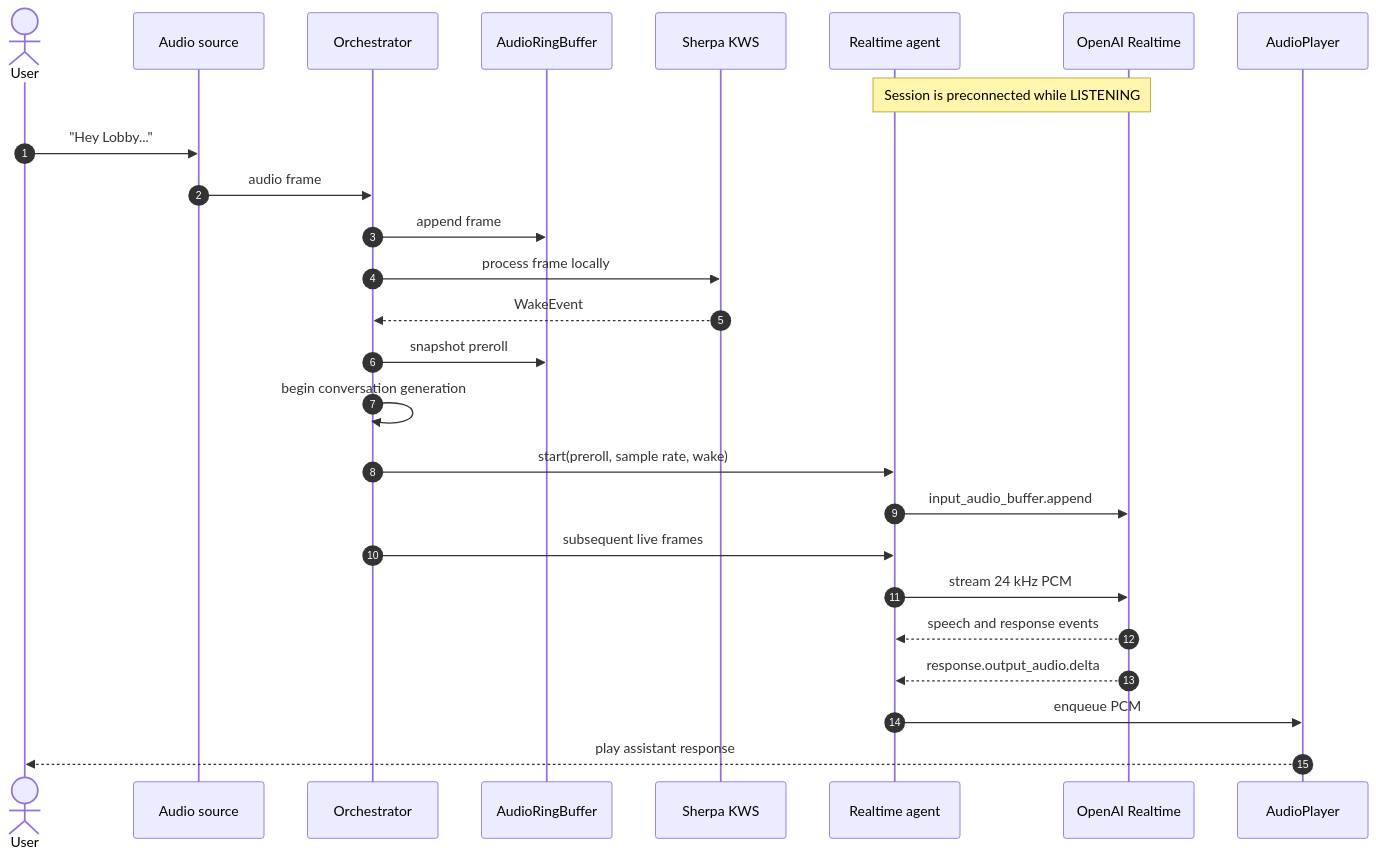
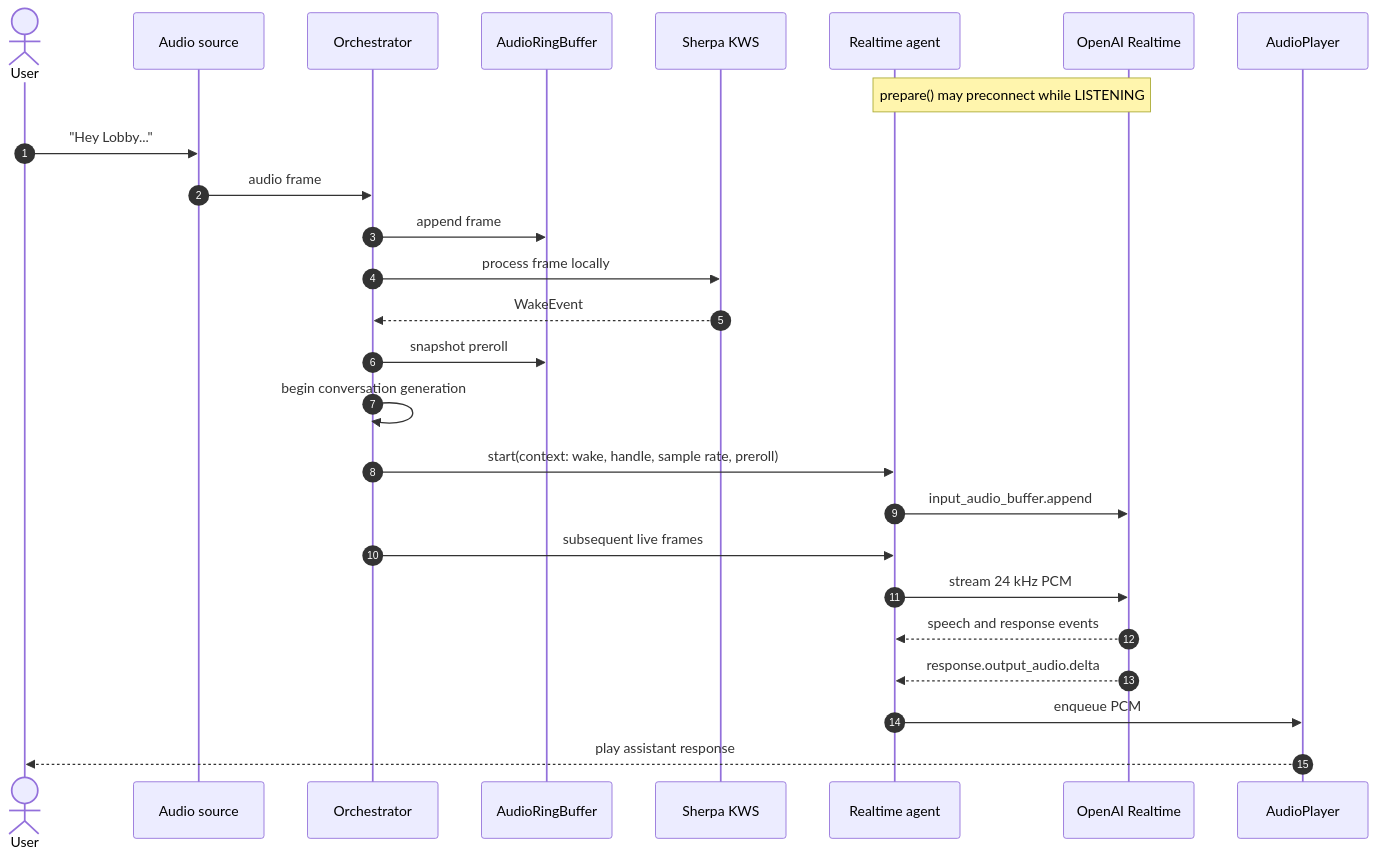
The fourth of 10 diagrams in docs/architecture.md (kamikaz1k/wake-on), drawn with Mermaid before and after one commit. The commit also changed other lines of this file and 22 other files, not shown here.

````diff
--- a/docs/architecture.md
+++ b/docs/architecture.md
@@ -118,29 +172,29 @@
 ```mermaid
 sequenceDiagram
     autonumber
     actor User
     participant Source as Audio source
     participant Harness as Orchestrator
     participant Ring as AudioRingBuffer
     participant KWS as Sherpa KWS
     participant Agent as Realtime agent
     participant API as OpenAI Realtime
     participant Player as AudioPlayer
 
-    Note over Agent,API: Session is preconnected while LISTENING
+    Note over Agent,API: prepare() may preconnect while LISTENING
     User->>Source: "Hey Lobby..."
     Source->>Harness: audio frame
     Harness->>Ring: append frame
     Harness->>KWS: process frame locally
     KWS-->>Harness: WakeEvent
     Harness->>Ring: snapshot preroll
     Harness->>Harness: begin conversation generation
-    Harness->>Agent: start(preroll, sample rate, wake)
+    Harness->>Agent: start(context: wake, handle, sample rate, preroll)
     Agent->>API: input_audio_buffer.append
     Harness->>Agent: subsequent live frames
     Agent->>API: stream 24 kHz PCM
     API-->>Agent: speech and response events
     API-->>Agent: response.output_audio.delta
     Agent->>Player: enqueue PCM
     Player-->>User: play assistant response
 ```
````
